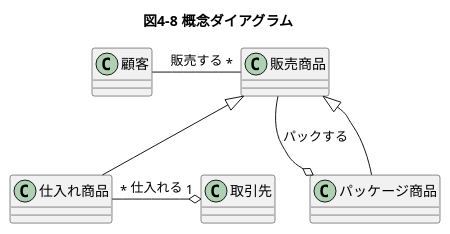
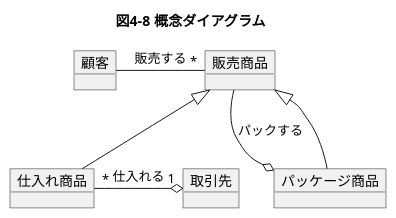
Before and after one commit to eyasuyuki/rdra-example: the diagram in chap04/4-08.puml, drawn with PlantUML. The commit also changed 14 other files, not shown here.

Commit message:
add all cha4 diagrams

```diff
--- a/chap04/4-08.puml
+++ b/chap04/4-08.puml
@@ -1,13 +1,13 @@
 @startuml
 title 図4-8 概念ダイアグラム
-class 顧客
-class 販売商品
-class パッケージ商品
-class 仕入れ商品
-class 取引先
+object 顧客
+object 販売商品
+object パッケージ商品
+object 仕入れ商品
+object 取引先
 顧客 -right-"*" 販売商品: 販売する
 販売商品 -down-o パッケージ商品: パックする
 販売商品 <|-- パッケージ商品
 販売商品 <|-- 仕入れ商品
 仕入れ商品 "*"-right-o "1" 取引先: 仕入れる
 @enduml
```
